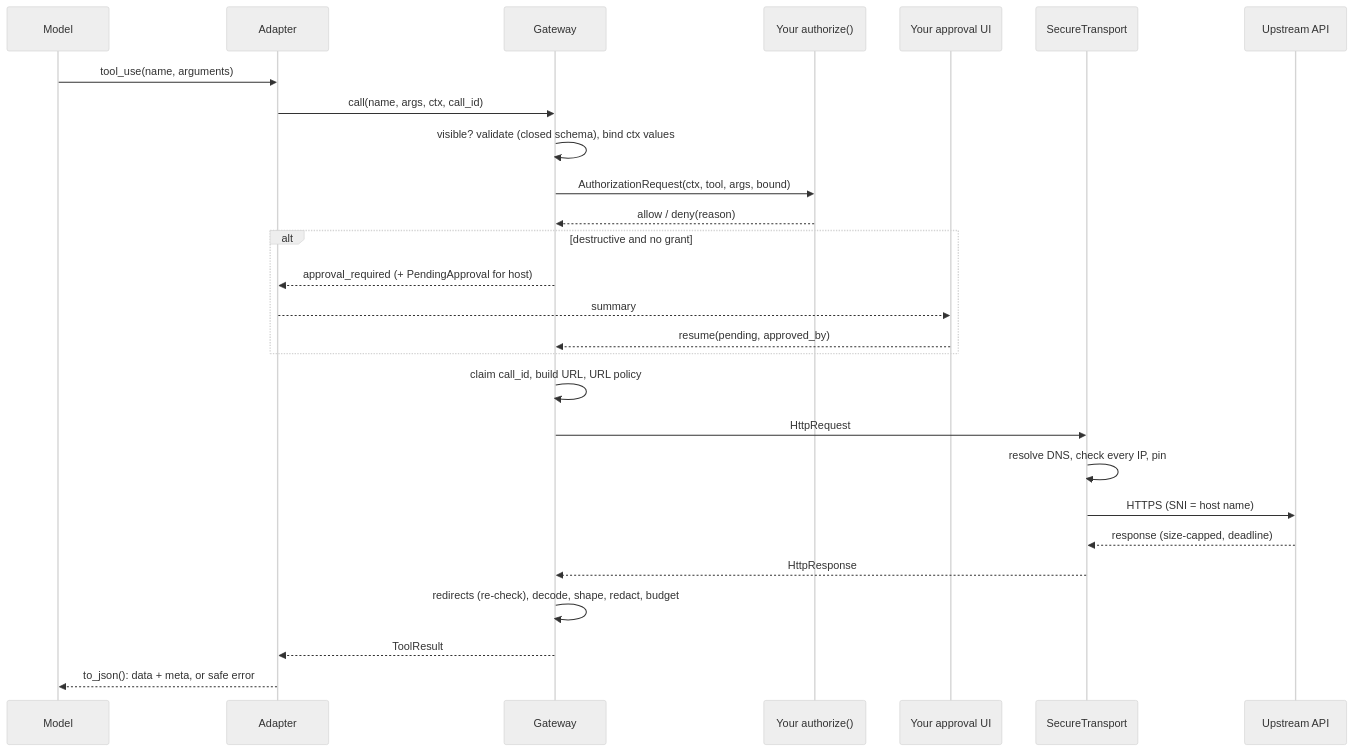
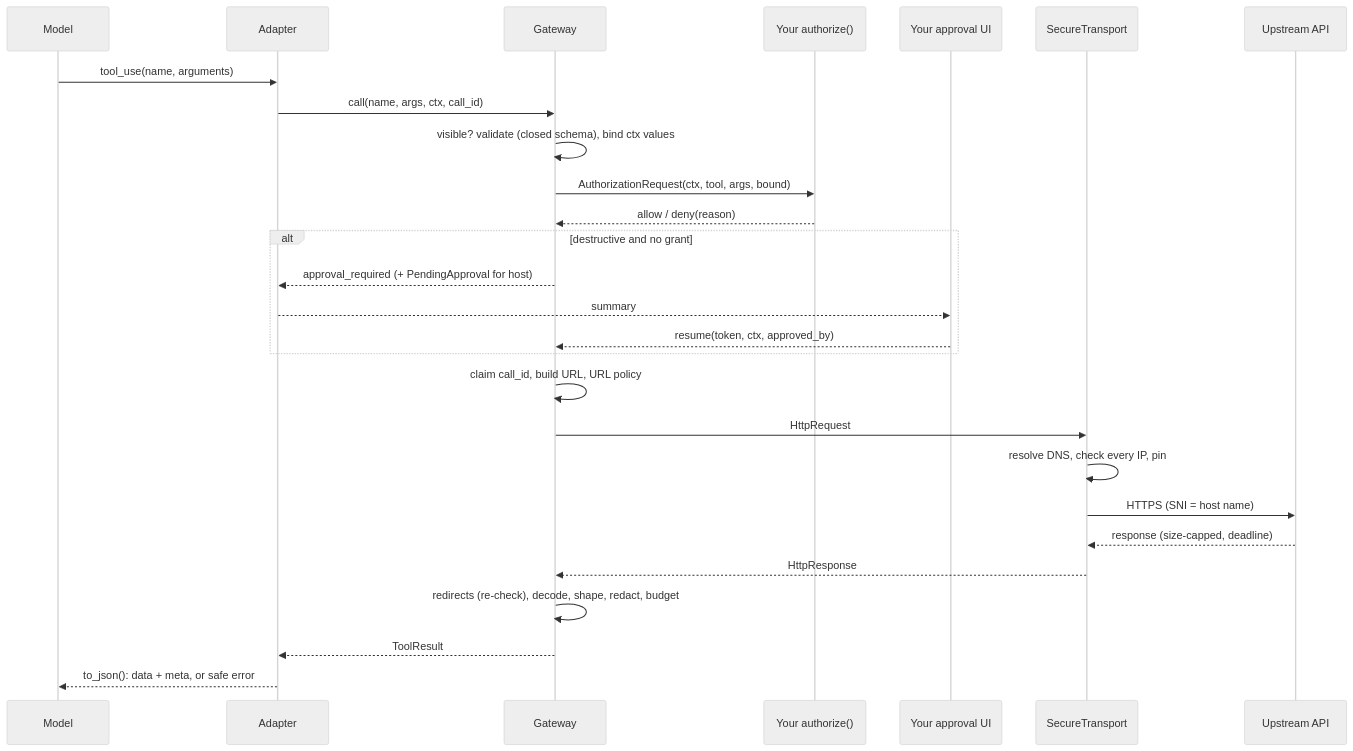
Before and after one commit to SaeedNoshadi89/toolbound: the diagram in docs/architecture.md, drawn with Mermaid (neutral theme). The commit also changed other lines of this file and 71 other files, not shown here.

````diff
--- a/docs/architecture.md
+++ b/docs/architecture.md
@@ -53,30 +54,30 @@
 ```mermaid
 sequenceDiagram
     participant Model
     participant Adapter
     participant Gateway
     participant Policy as Your authorize()
     participant Human as Your approval UI
     participant Transport as SecureTransport
     participant API as Upstream API
 
     Model->>Adapter: tool_use(name, arguments)
     Adapter->>Gateway: call(name, args, ctx, call_id)
     Gateway->>Gateway: visible? validate (closed schema), bind ctx values
     Gateway->>Policy: AuthorizationRequest(ctx, tool, args, bound)
     Policy-->>Gateway: allow / deny(reason)
     alt destructive and no grant
         Gateway-->>Adapter: approval_required (+ PendingApproval for host)
         Adapter-->>Human: summary
-        Human-->>Gateway: resume(pending, approved_by)
+        Human-->>Gateway: resume(token, ctx, approved_by)
     end
     Gateway->>Gateway: claim call_id, build URL, URL policy
     Gateway->>Transport: HttpRequest
     Transport->>Transport: resolve DNS, check every IP, pin
     Transport->>API: HTTPS (SNI = host name)
     API-->>Transport: response (size-capped, deadline)
     Transport-->>Gateway: HttpResponse
     Gateway->>Gateway: redirects (re-check), decode, shape, redact, budget
     Gateway-->>Adapter: ToolResult
     Adapter-->>Model: to_json(): data + meta, or safe error
 ```
````
